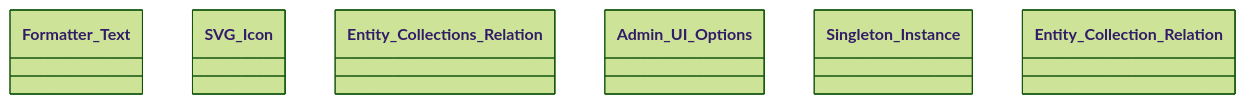
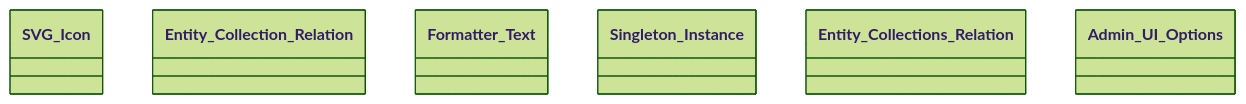
One commit to tainacan/tainacan changed diagram 13 of 13 in docs/phpdoc/Home.md. Above: the diagram before and after it, drawn with Mermaid (forest theme). The commit also changed other lines of this file and 98 other files, not shown here.

````diff
--- a/docs/phpdoc/Home.md
+++ b/docs/phpdoc/Home.md
@@ -773,10 +768,10 @@
 ```mermaid
 classDiagram
     direction TB
+    class SVG_Icon { }
+    class Entity_Collection_Relation { }
     class Formatter_Text { }
-    class SVG_Icon { }
+    class Singleton_Instance { }
     class Entity_Collections_Relation { }
     class Admin_UI_Options { }
-    class Singleton_Instance { }
-    class Entity_Collection_Relation { }
 ```
````
